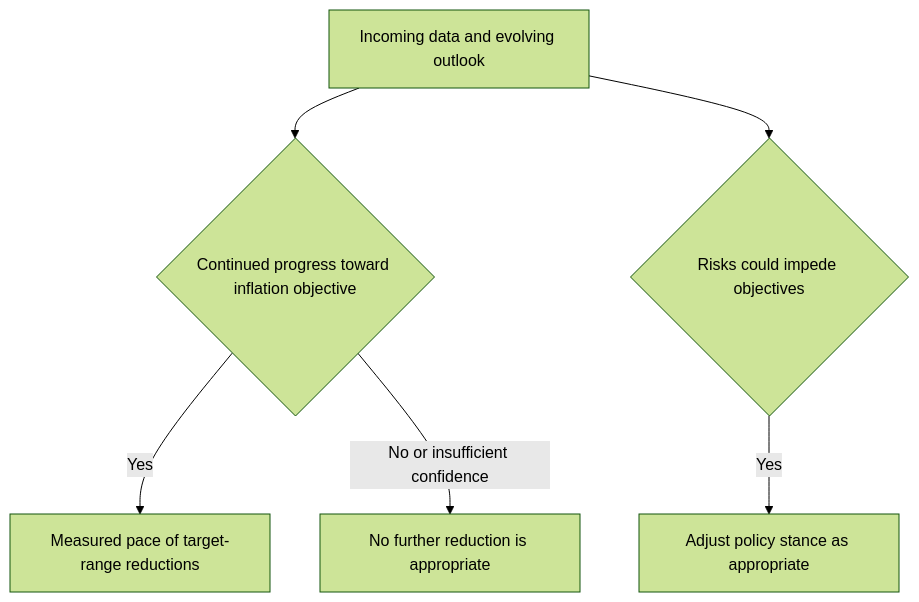
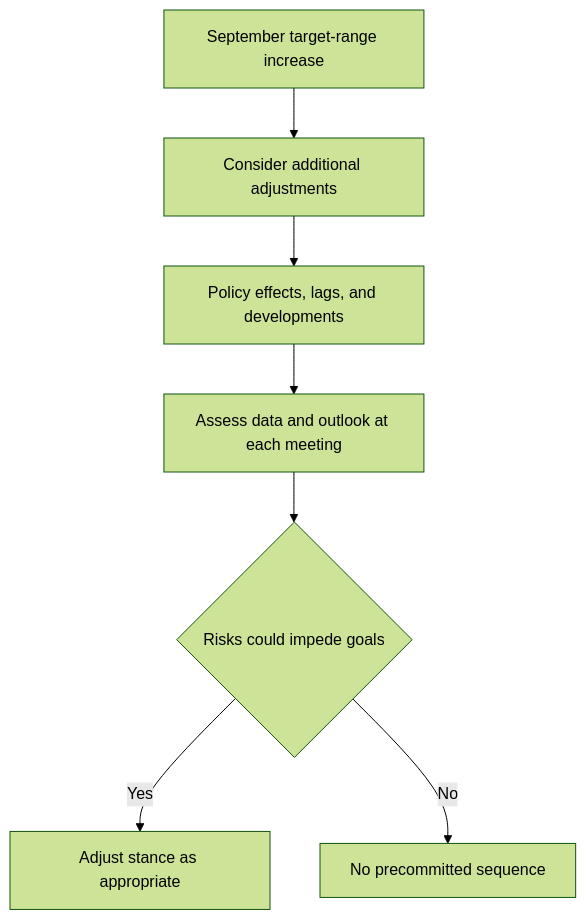
One commit to xuro-langchain/wealth-research-corpus changed the diagram in openwiki/regulatory/fed-policy-path.md. Above: the diagram before and after it, drawn with Mermaid (forest theme). The commit also changed other lines of this file and 43 other files, not shown here.

````diff
--- a/openwiki/regulatory/fed-policy-path.md
+++ b/openwiki/regulatory/fed-policy-path.md
@@ -29,8 +33,9 @@
 ```mermaid
 flowchart TD
-    Assessment["Incoming data and evolving outlook"] --> Progress{"Continued progress toward inflation objective"}
-    Progress -->|Yes| Measured["Measured pace of target-range reductions"]
-    Progress -->|No or insufficient confidence| Hold["No further reduction is appropriate"]
-    Assessment --> Risks{"Risks could impede objectives"}
-    Risks -->|Yes| Adjust["Adjust policy stance as appropriate"]
+    Decision["September target-range increase"] --> Future["Consider additional adjustments"]
+    Future --> Inputs["Policy effects, lags, and developments"]
+    Inputs --> Meeting["Assess data and outlook at each meeting"]
+    Meeting --> Risks{"Risks could impede goals"}
+    Risks -->|"Yes"| Adjust["Adjust stance as appropriate"]
+    Risks -->|"No"| Evaluate["No precommitted sequence"]
 ```
````
